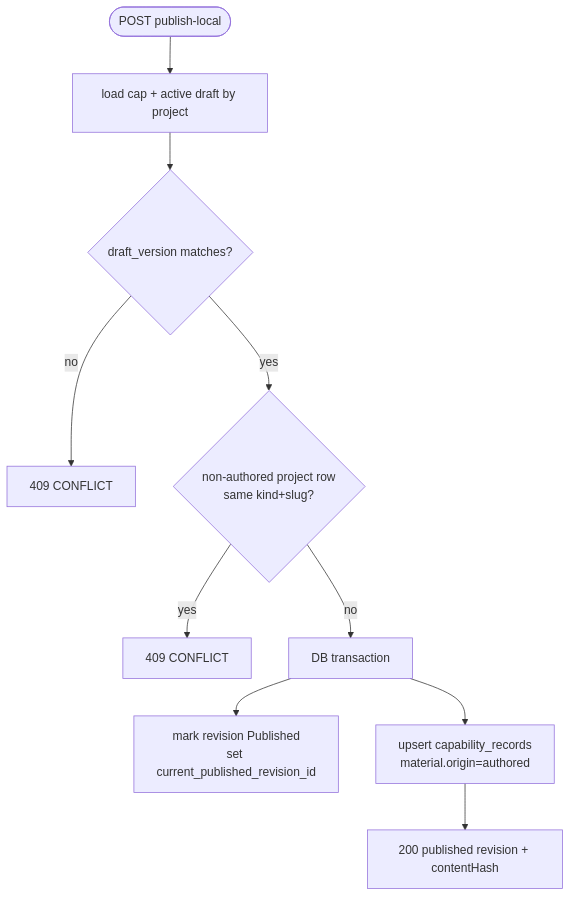
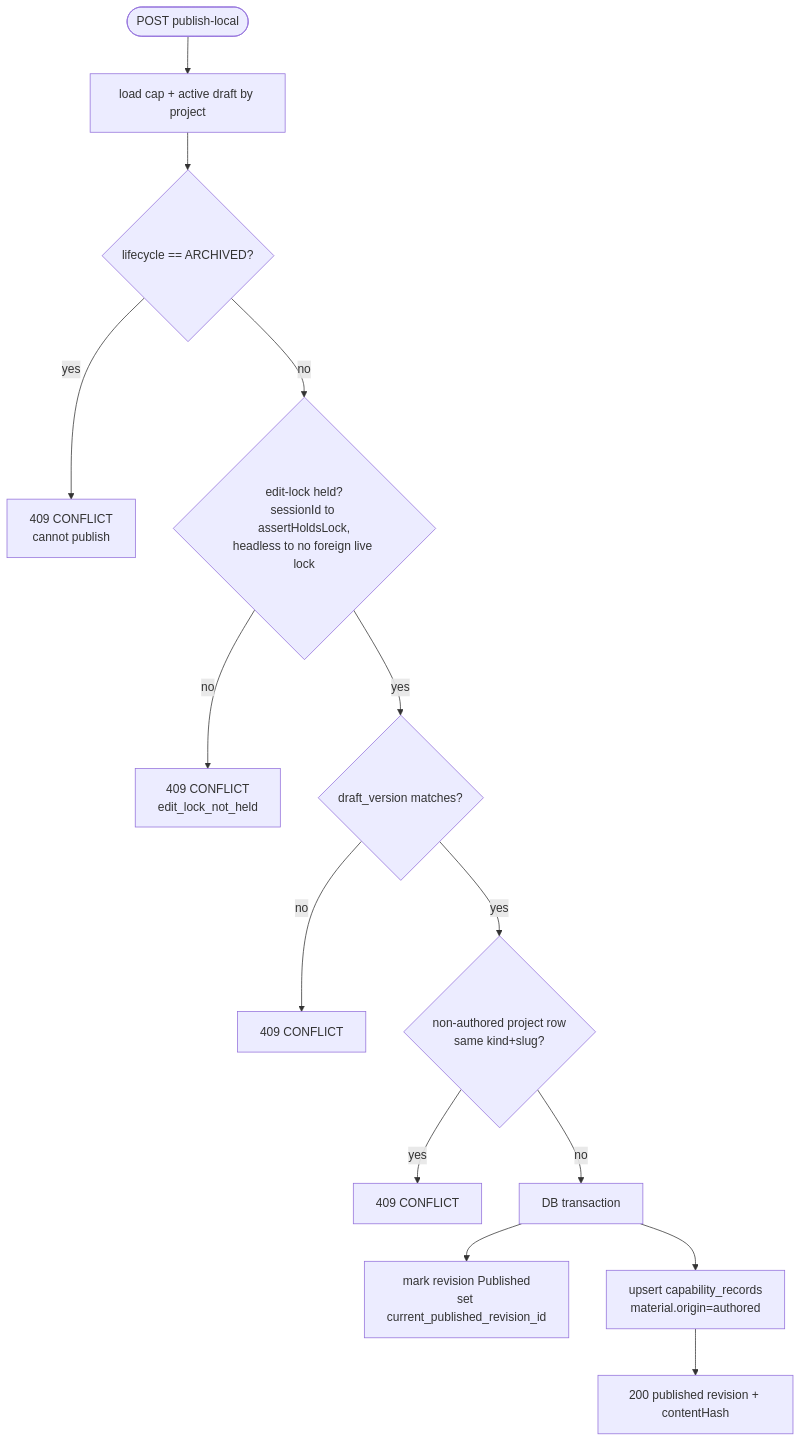
The second of 6 diagrams in docs/system-analytics/capability-catalog.md (maister-dev/maister), drawn with Mermaid before and after one commit. The commit also changed other lines of this file and 10 other files, not shown here.

First line of the commit message:
docs(catalog): reconcile edit-lock analytics and specs with hardened code

````diff
--- a/docs/system-analytics/capability-catalog.md
+++ b/docs/system-analytics/capability-catalog.md
@@ -142,12 +142,16 @@
 ```mermaid
 flowchart TD
     Start([POST publish-local]) --> Load[load cap + active draft by project]
-    Load --> Stale{draft_version matches?}
+    Load --> Archived{lifecycle == ARCHIVED?}
+    Archived -- yes --> C409a[409 CONFLICT<br/>cannot publish]
+    Archived -- no --> Lock{edit-lock held?<br/>sessionId to assertHoldsLock,<br/>headless to no foreign live lock}
+    Lock -- no --> C409lock[409 CONFLICT<br/>edit_lock_not_held]
+    Lock -- yes --> Stale{draft_version matches?}
     Stale -- no --> C409[409 CONFLICT]
     Stale -- yes --> Collision{non-authored project row<br/>same kind+slug?}
     Collision -- yes --> C409b[409 CONFLICT]
     Collision -- no --> Tx[DB transaction]
     Tx --> Pub[mark revision Published<br/>set current_published_revision_id]
     Tx --> Project[upsert capability_records<br/>material.origin=authored]
     Project --> R200[200 published revision + contentHash]
 ```
````
